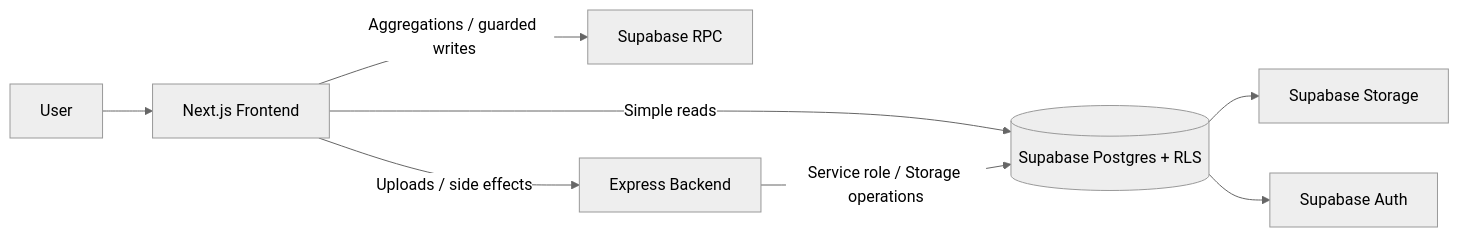
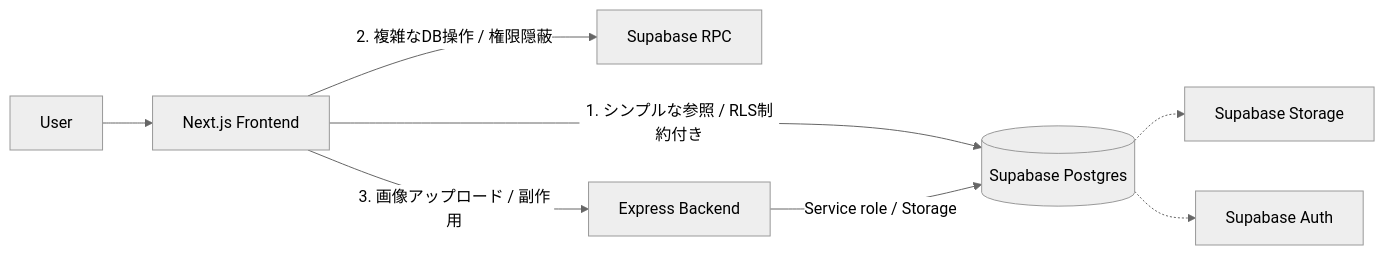
One commit to Taku315o/studyshare changed the first of 2 diagrams in README.md. Above: the diagram before and after it, drawn with Mermaid (neutral theme). The commit also changed other lines of this file and 9 other files, not shown here.

````diff
--- a/README.md
+++ b/README.md
@@ -47,10 +86,10 @@
 ```mermaid
 flowchart LR
   U[User] --> F[Next.js Frontend]
-  F -->|Simple reads| SB[(Supabase Postgres + RLS)]
-  F -->|Aggregations / guarded writes| RPC[Supabase RPC]
-  F -->|Uploads / side effects| B[Express Backend]
-  B -->|Service role / Storage operations| SB
-  SB --> S[Supabase Storage]
-  SB --> A[Supabase Auth]
+  F -->|1. シンプルな参照 / RLS制約付き| SB[(Supabase Postgres)]
+  F -->|2. 複雑なDB操作 / 権限隠蔽| RPC[Supabase RPC]
+  F -->|3. 画像アップロード / 副作用| B[Express Backend]
+  B -->|Service role / Storage| SB
+  SB -.-> S[Supabase Storage]
+  SB -.-> A[Supabase Auth]
 ```
````
